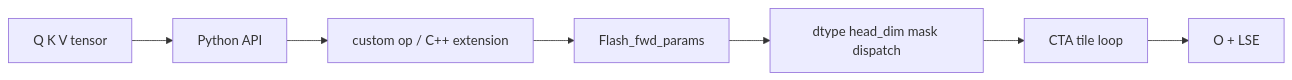
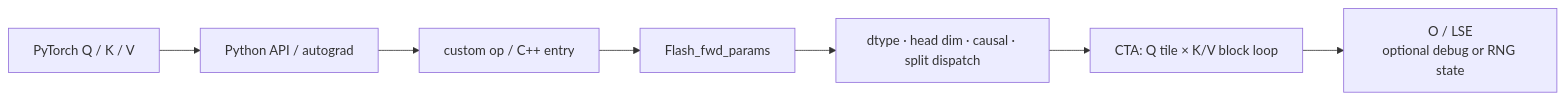
The diagram in AI-Infra课程/系统主线/Attention算子主线.md (OnlyHero5/sglang-reading-vault), drawn with Mermaid before and after one commit. The commit also changed other lines of this file and 512 other files, not shown here.

````diff
--- a/AI-Infra课程/系统主线/Attention算子主线.md
+++ b/AI-Infra课程/系统主线/Attention算子主线.md
@@ -30,9 +33,11 @@
 ```mermaid
 flowchart LR
-    Q["Q K V tensor"] --> P["Python API"]
-    P --> C["custom op / C++ extension"]
-    C --> F["Flash_fwd_params"]
-    F --> D["dtype head_dim mask dispatch"]
-    D --> K["CTA tile loop"]
-    K --> O["O + LSE"]
+    Q["PyTorch Q / K / V"]
+    P["Python API / autograd"]
+    C["custom op / C++ entry"]
+    F["Flash_fwd_params"]
+    D["dtype · head dim · causal · split dispatch"]
+    K["CTA: Q tile × K/V block loop"]
+    O["O / LSE<br/>optional debug or RNG state"]
+    Q --> P --> C --> F --> D --> K --> O
 ```
````
